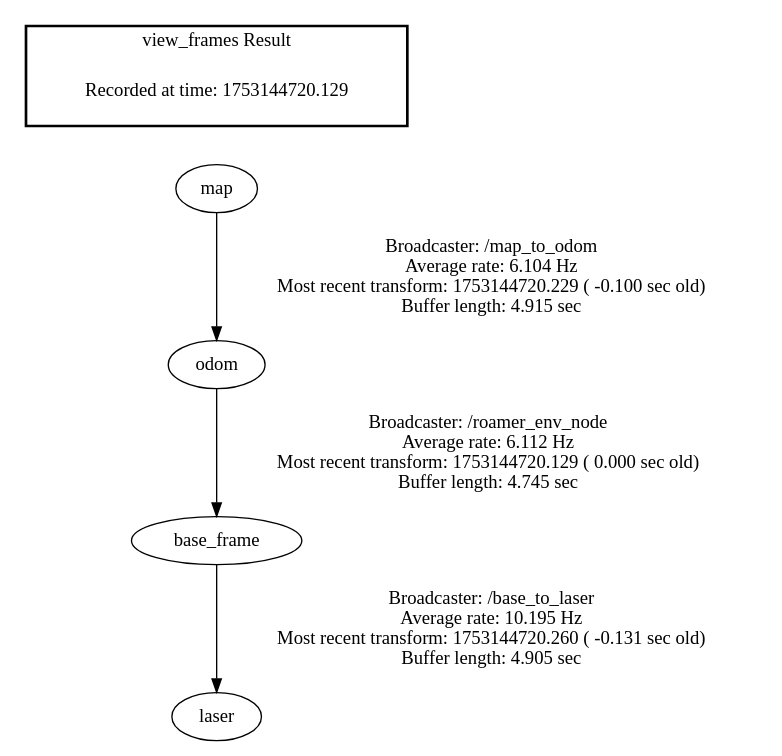
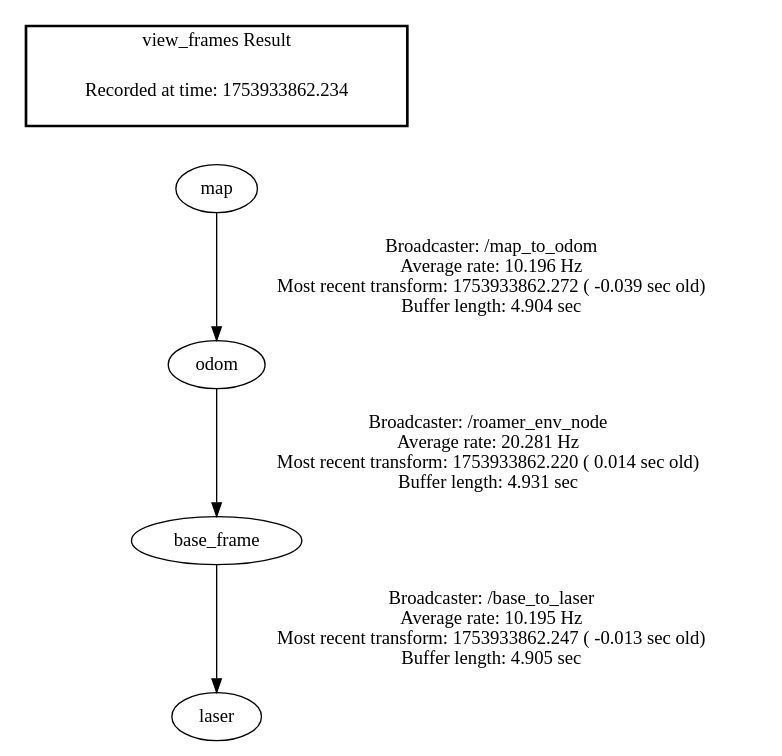
The diagram in frames.gv (aarush3002/vlm-exploration), drawn with Graphviz before and after one commit. The commit also changed 298 other files, not shown here.

```diff
--- a/frames.gv
+++ b/frames.gv
@@ -1,9 +1,9 @@
 digraph G {
-"map" -> "odom"[label="Broadcaster: /map_to_odom\nAverage rate: 6.104 Hz\nMost recent transform: 1753144720.229 ( -0.100 sec old)\nBuffer length: 4.915 sec\n"];
-"base_frame" -> "laser"[label="Broadcaster: /base_to_laser\nAverage rate: 10.195 Hz\nMost recent transform: 1753144720.260 ( -0.131 sec old)\nBuffer length: 4.905 sec\n"];
-"odom" -> "base_frame"[label="Broadcaster: /roamer_env_node\nAverage rate: 6.112 Hz\nMost recent transform: 1753144720.129 ( 0.000 sec old)\nBuffer length: 4.745 sec\n"];
+"base_frame" -> "laser"[label="Broadcaster: /base_to_laser\nAverage rate: 10.195 Hz\nMost recent transform: 1753933862.247 ( -0.013 sec old)\nBuffer length: 4.905 sec\n"];
+"odom" -> "base_frame"[label="Broadcaster: /roamer_env_node\nAverage rate: 20.281 Hz\nMost recent transform: 1753933862.220 ( 0.014 sec old)\nBuffer length: 4.931 sec\n"];
+"map" -> "odom"[label="Broadcaster: /map_to_odom\nAverage rate: 10.196 Hz\nMost recent transform: 1753933862.272 ( -0.039 sec old)\nBuffer length: 4.904 sec\n"];
 edge [style=invis];
  subgraph cluster_legend { style=bold; color=black; label ="view_frames Result";
-"Recorded at time: 1753144720.129"[ shape=plaintext ] ;
+"Recorded at time: 1753933862.234"[ shape=plaintext ] ;
  }->"map";
 }
```
